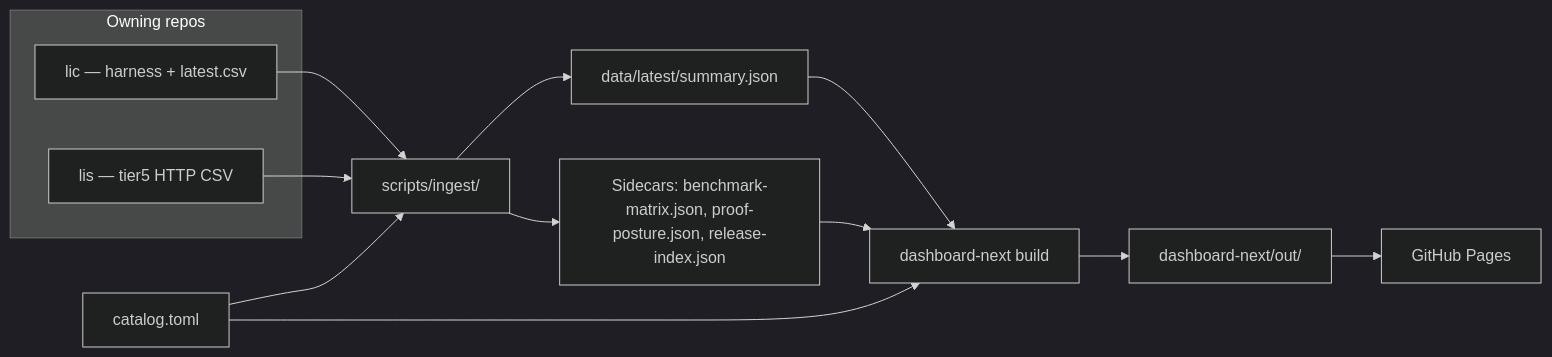
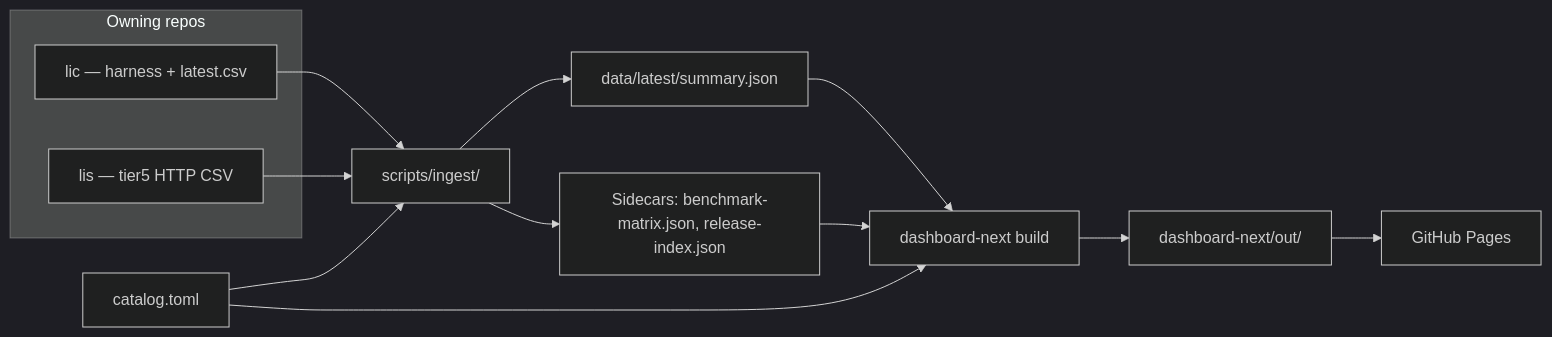
The diagram in docs/dashboard/ARCHITECTURE.md (li-langverse/benchmarks), drawn with Mermaid (dark theme) before and after one commit. The commit also changed other lines of this file and 16 other files, not shown here.

````diff
--- a/docs/dashboard/ARCHITECTURE.md
+++ b/docs/dashboard/ARCHITECTURE.md
@@ -10,25 +10,25 @@
 ```mermaid
 flowchart LR
   subgraph Sources["Owning repos"]
     LIC["lic — harness + latest.csv"]
     LIS["lis — tier5 HTTP CSV"]
   end
   CAT["catalog.toml"]
   ING["scripts/ingest/"]
   SUM["data/latest/summary.json"]
-  SIDE["Sidecars: benchmark-matrix.json, proof-posture.json, release-index.json"]
+  SIDE["Sidecars: benchmark-matrix.json, release-index.json"]
   NEXT["dashboard-next build"]
   OUT["dashboard-next/out/"]
   PAGES["GitHub Pages"]
 
   CAT --> ING
   LIC --> ING
   LIS --> ING
   ING --> SUM
   ING --> SIDE
   SUM --> NEXT
   SIDE --> NEXT
   CAT --> NEXT
   NEXT --> OUT
   OUT --> PAGES
 ```
````
